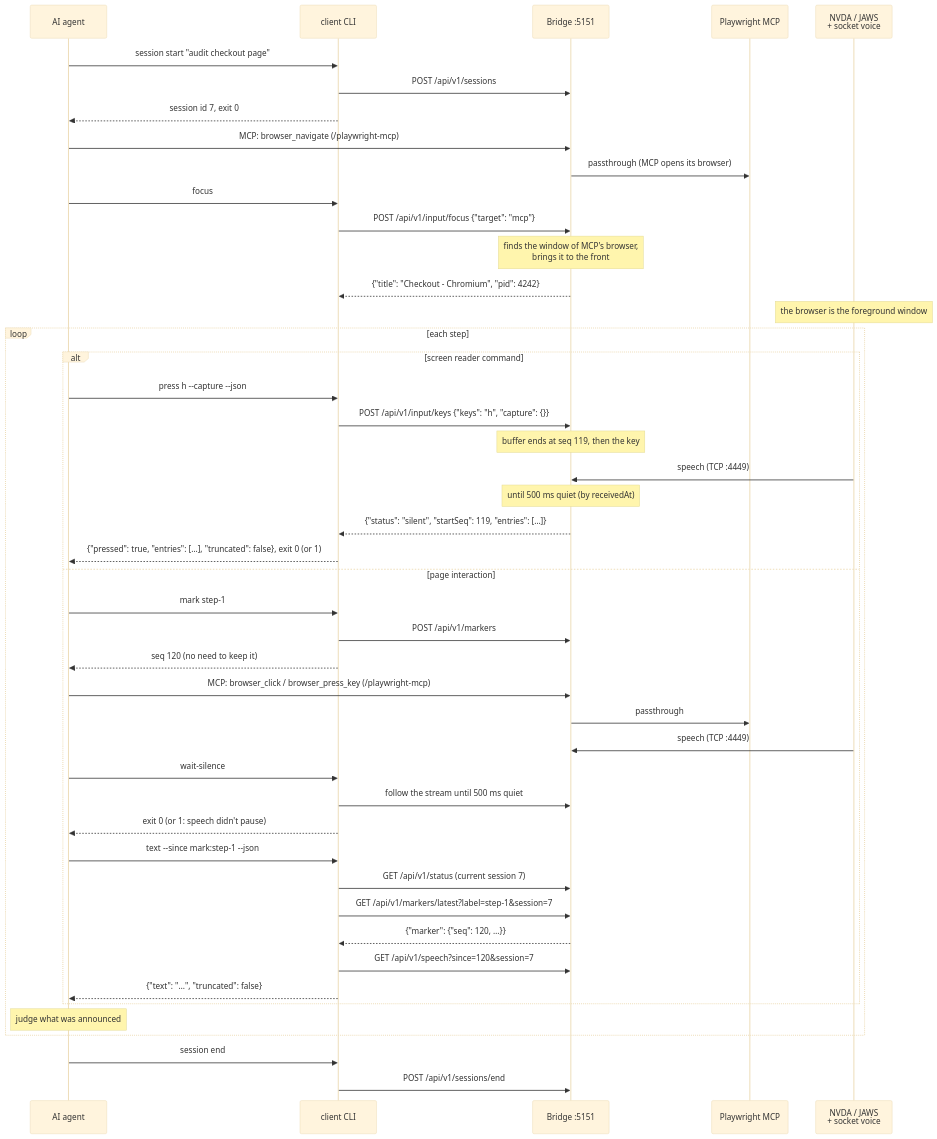
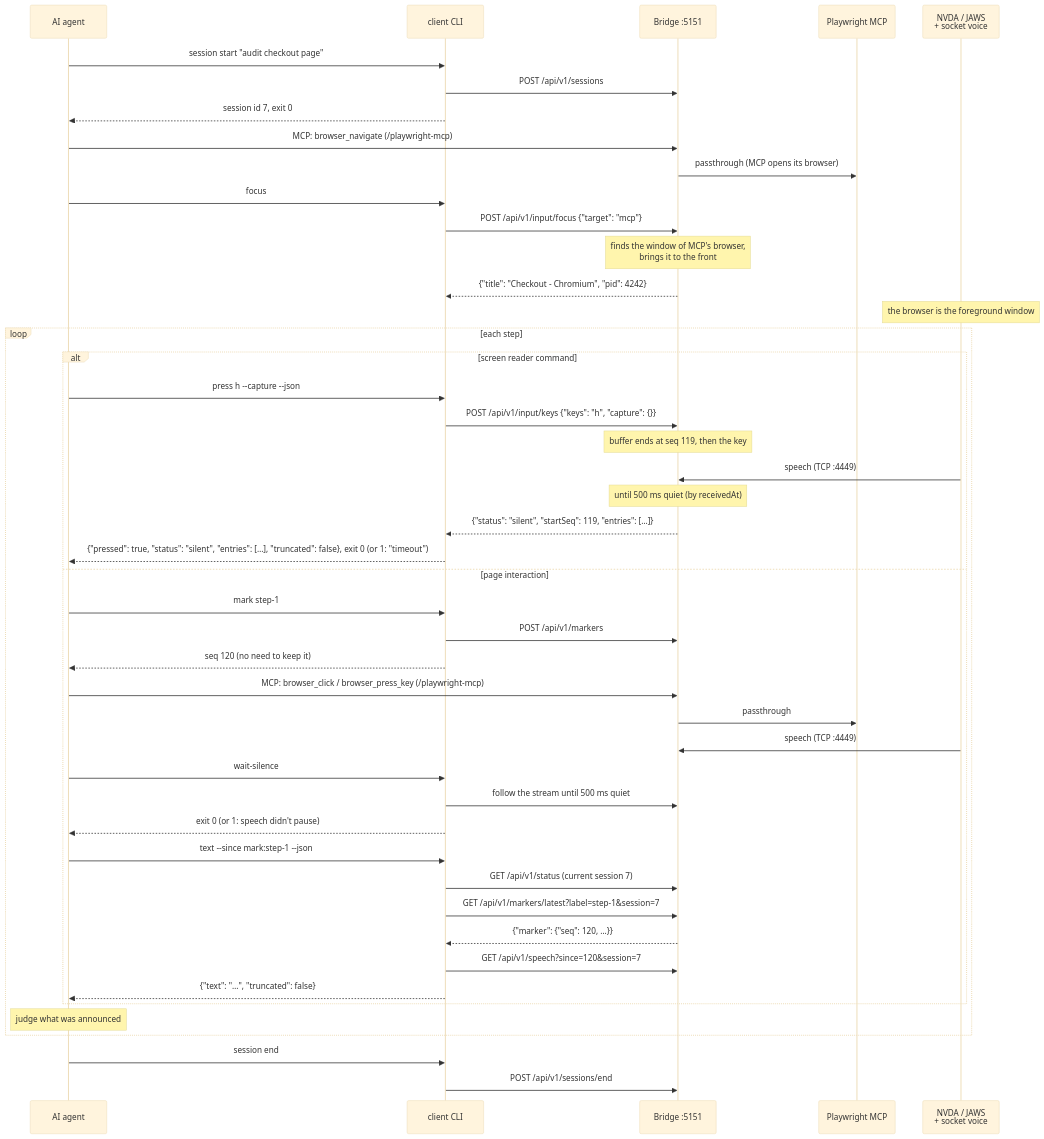
One commit to TimoSto/screenreader-speech-capture changed the first of 2 diagrams in docs/usage/flows/agents.md. Above: the diagram before and after it, drawn with Mermaid (base theme). The commit also changed 10 other files, not shown here.

````diff
--- a/docs/usage/flows/agents.md
+++ b/docs/usage/flows/agents.md
@@ -19,49 +19,49 @@
 ```mermaid
 sequenceDiagram
     participant A as AI agent
     participant CLI as client CLI
     participant B as Bridge :5151
     participant MCP as Playwright MCP
     participant SR as NVDA / JAWS<br/>+ socket voice
 
     A->>CLI: session start "audit checkout page"
     CLI->>B: POST /api/v1/sessions
     CLI-->>A: session id 7, exit 0
     A->>B: MCP: browser_navigate (/playwright-mcp)
     B->>MCP: passthrough (MCP opens its browser)
     A->>CLI: focus
     CLI->>B: POST /api/v1/input/focus {"target": "mcp"}
     Note over B: finds the window of MCP's browser,<br/>brings it to the front
     B-->>CLI: {"title": "Checkout - Chromium", "pid": 4242}
     Note over SR: the browser is the foreground window
     loop each step
         alt screen reader command
             A->>CLI: press h --capture --json
             CLI->>B: POST /api/v1/input/keys {"keys": "h", "capture": {}}
             Note over B: buffer ends at seq 119, then the key
             SR->>B: speech (TCP :4449)
             Note over B: until 500 ms quiet (by receivedAt)
             B-->>CLI: {"status": "silent", "startSeq": 119, "entries": […]}
-            CLI-->>A: {"pressed": true, "entries": […], "truncated": false}, exit 0 (or 1)
+            CLI-->>A: {"pressed": true, "status": "silent", "entries": […], "truncated": false}, exit 0 (or 1: "timeout")
         else page interaction
             A->>CLI: mark step-1
             CLI->>B: POST /api/v1/markers
             CLI-->>A: seq 120 (no need to keep it)
             A->>B: MCP: browser_click / browser_press_key (/playwright-mcp)
             B->>MCP: passthrough
             SR->>B: speech (TCP :4449)
             A->>CLI: wait-silence
             CLI->>B: follow the stream until 500 ms quiet
             CLI-->>A: exit 0 (or 1: speech didn't pause)
             A->>CLI: text --since mark:step-1 --json
             CLI->>B: GET /api/v1/status (current session 7)
             CLI->>B: GET /api/v1/markers/latest?label=step-1&session=7
             B-->>CLI: {"marker": {"seq": 120, …}}
             CLI->>B: GET /api/v1/speech?since=120&session=7
             CLI-->>A: {"text": "…", "truncated": false}
         end
         Note over A: judge what was announced
     end
     A->>CLI: session end
     CLI->>B: POST /api/v1/sessions/end
 ```
````
